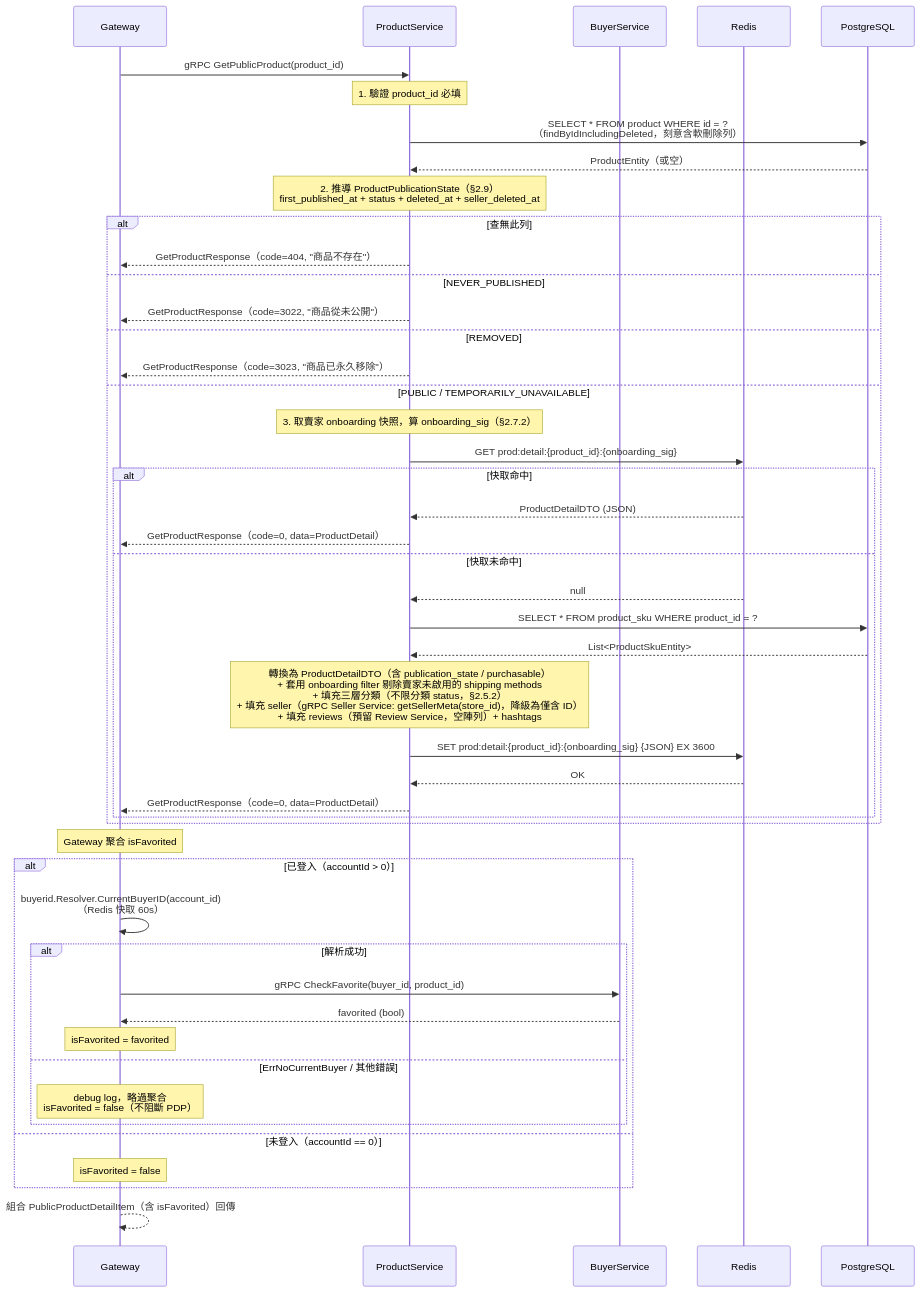
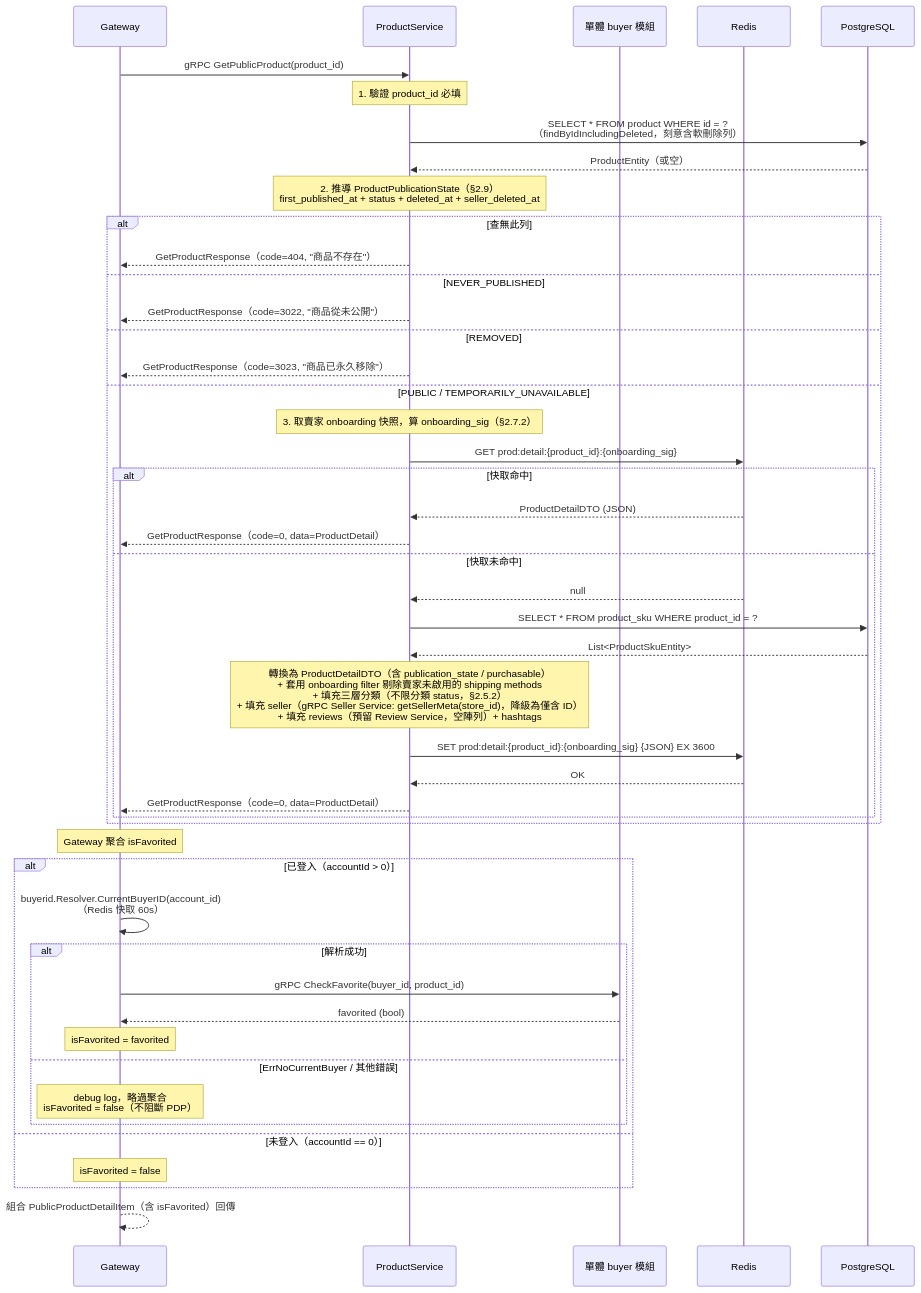
Before and after one commit to Will413028/hawkr: diagram 22 of 24 in backend/docs/詳細設計書/02-產品微服務（Product Service）詳細設計書.md, drawn with Mermaid. The commit also changed other lines of this file and 24 other files, not shown here.

````diff
--- a/backend/docs/詳細設計書/02-產品微服務（Product Service）詳細設計書.md
+++ b/backend/docs/詳細設計書/02-產品微服務（Product Service）詳細設計書.md
@@ -3394,63 +3379,63 @@
 ```mermaid
 sequenceDiagram
     participant GW as Gateway
     participant PS as ProductService
-    participant BS as BuyerService
+    participant BS as 單體 buyer 模組
     participant Redis as Redis
     participant DB as PostgreSQL
 
     GW->>PS: gRPC GetPublicProduct(product_id)
 
     Note over PS: 1. 驗證 product_id 必填
 
     PS->>DB: SELECT * FROM product WHERE id = ?<br/>（findByIdIncludingDeleted，刻意含軟刪除列）
     DB-->>PS: ProductEntity（或空）
 
     Note over PS: 2. 推導 ProductPublicationState（§2.9）<br/>first_published_at + status + deleted_at + seller_deleted_at
 
     alt 查無此列
         PS-->>GW: GetProductResponse（code=404, "商品不存在"）
     else NEVER_PUBLISHED
         PS-->>GW: GetProductResponse（code=3022, "商品從未公開"）
     else REMOVED
         PS-->>GW: GetProductResponse（code=3023, "商品已永久移除"）
     else PUBLIC / TEMPORARILY_UNAVAILABLE
         Note over PS: 3. 取賣家 onboarding 快照，算 onboarding_sig（§2.7.2）
 
         PS->>Redis: GET prod:detail:{product_id}:{onboarding_sig}
 
         alt 快取命中
             Redis-->>PS: ProductDetailDTO (JSON)
             PS-->>GW: GetProductResponse（code=0, data=ProductDetail）
         else 快取未命中
             Redis-->>PS: null
 
             PS->>DB: SELECT * FROM product_sku WHERE product_id = ?
             DB-->>PS: List<ProductSkuEntity>
 
             Note over PS: 轉換為 ProductDetailDTO（含 publication_state / purchasable）<br/>+ 套用 onboarding filter 剔除賣家未啟用的 shipping methods<br/>+ 填充三層分類（不限分類 status，§2.5.2）<br/>+ 填充 seller（gRPC Seller Service: getSellerMeta(store_id)，降級為僅含 ID）<br/>+ 填充 reviews（預留 Review Service，空陣列）+ hashtags
 
             PS->>Redis: SET prod:detail:{product_id}:{onboarding_sig} {JSON} EX 3600
             Redis-->>PS: OK
 
             PS-->>GW: GetProductResponse（code=0, data=ProductDetail）
         end
     end
 
     Note over GW: Gateway 聚合 isFavorited
 
     alt 已登入（accountId > 0）
         GW->>GW: buyerid.Resolver.CurrentBuyerID(account_id)<br/>（Redis 快取 60s）
         alt 解析成功
             GW->>BS: gRPC CheckFavorite(buyer_id, product_id)
             BS-->>GW: favorited (bool)
             Note over GW: isFavorited = favorited
         else ErrNoCurrentBuyer / 其他錯誤
             Note over GW: debug log，略過聚合<br/>isFavorited = false（不阻斷 PDP）
         end
     else 未登入（accountId == 0）
         Note over GW: isFavorited = false
     end
 
     GW-->>GW: 組合 PublicProductDetailItem（含 isFavorited）回傳
 ```
````
